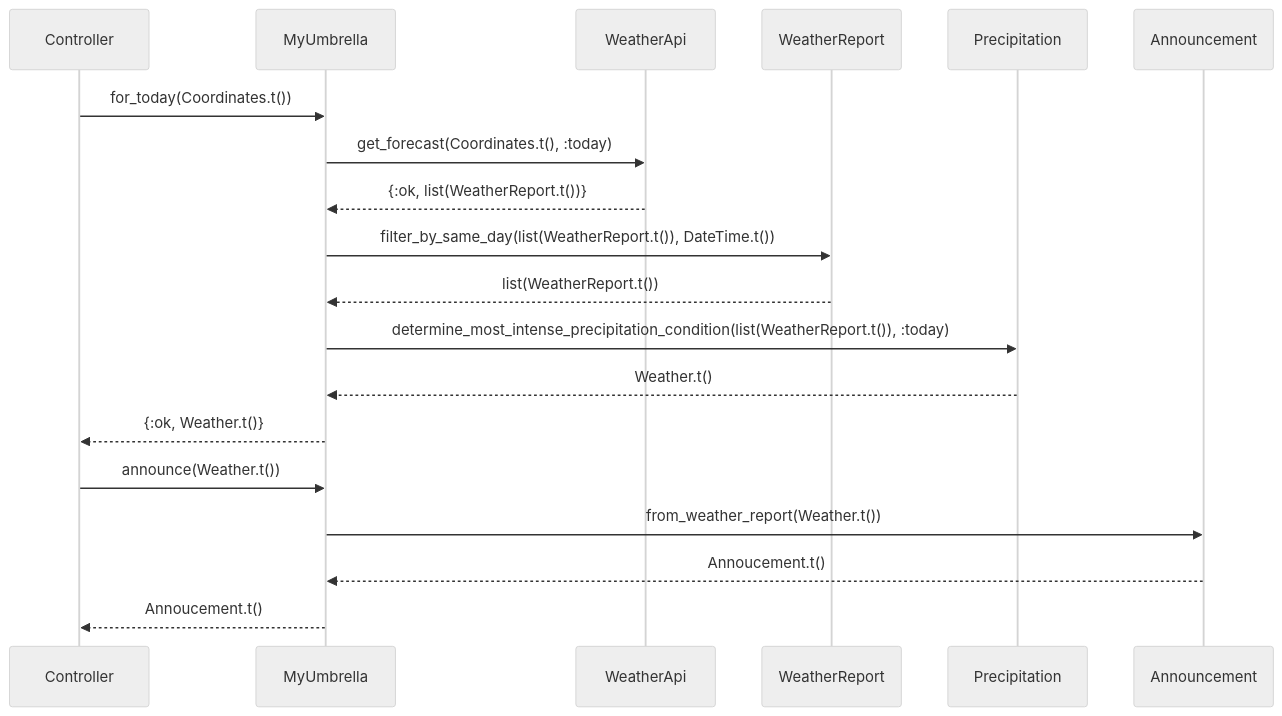
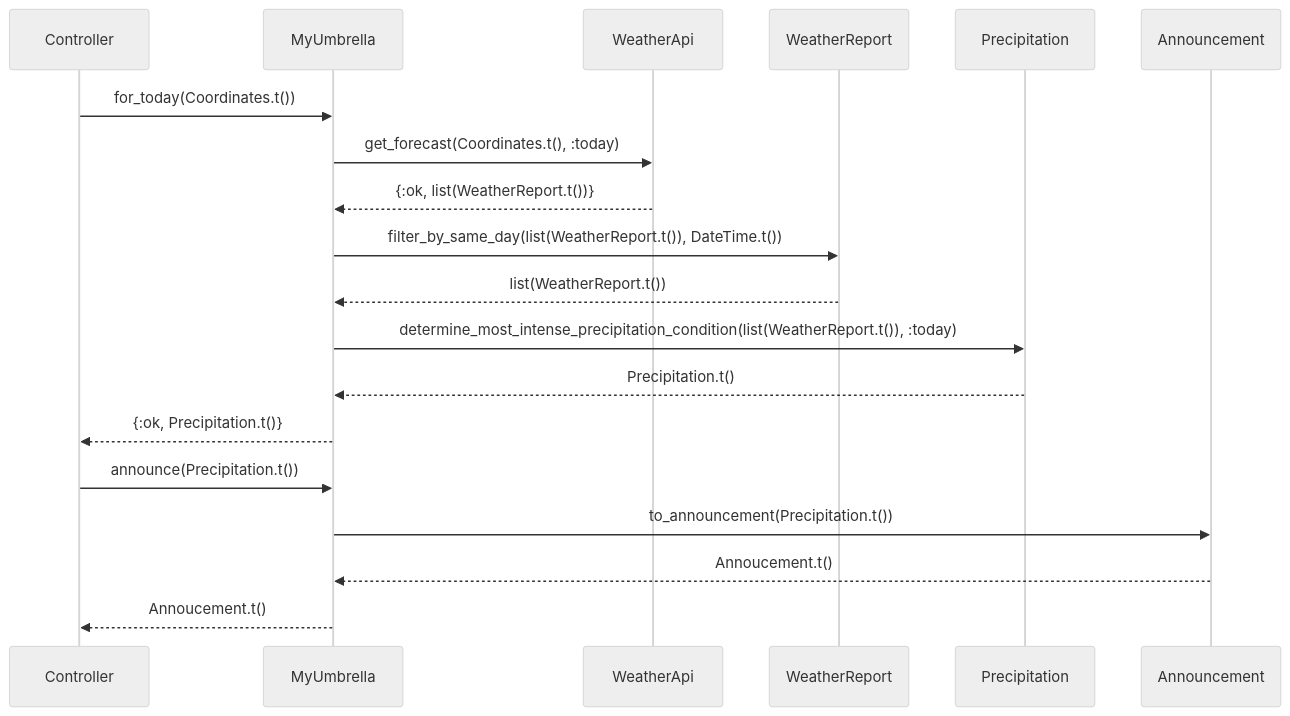
Before and after one commit to nicholasjhenry/my-umbrella: the diagram in README.md, drawn with Mermaid (neutral theme). The commit also changed 8 other files, not shown here.

````diff
--- a/README.md
+++ b/README.md
@@ -24,15 +24,15 @@
 ```mermaid
 sequenceDiagram
     Controller->>MyUmbrella: for_today(Coordinates.t())
     MyUmbrella->>WeatherApi: get_forecast(Coordinates.t(), :today)
     WeatherApi-->>MyUmbrella: {:ok, list(WeatherReport.t())}
     MyUmbrella->>WeatherReport: filter_by_same_day(list(WeatherReport.t()), DateTime.t())
     WeatherReport-->>MyUmbrella: list(WeatherReport.t())
     MyUmbrella->>Precipitation: determine_most_intense_precipitation_condition(list(WeatherReport.t()), :today)
-    Precipitation-->>MyUmbrella: Weather.t()
-    MyUmbrella-->>Controller: {:ok, Weather.t()}
-    Controller->>MyUmbrella: announce(Weather.t())
-    MyUmbrella->>Announcement: from_weather_report(Weather.t())
+    Precipitation-->>MyUmbrella: Precipitation.t()
+    MyUmbrella-->>Controller: {:ok, Precipitation.t()}
+    Controller->>MyUmbrella: announce(Precipitation.t())
+    MyUmbrella->>Announcement: to_announcement(Precipitation.t())
     Announcement-->>MyUmbrella: Annoucement.t()
     MyUmbrella-->>Controller: Annoucement.t()
 ```
````
